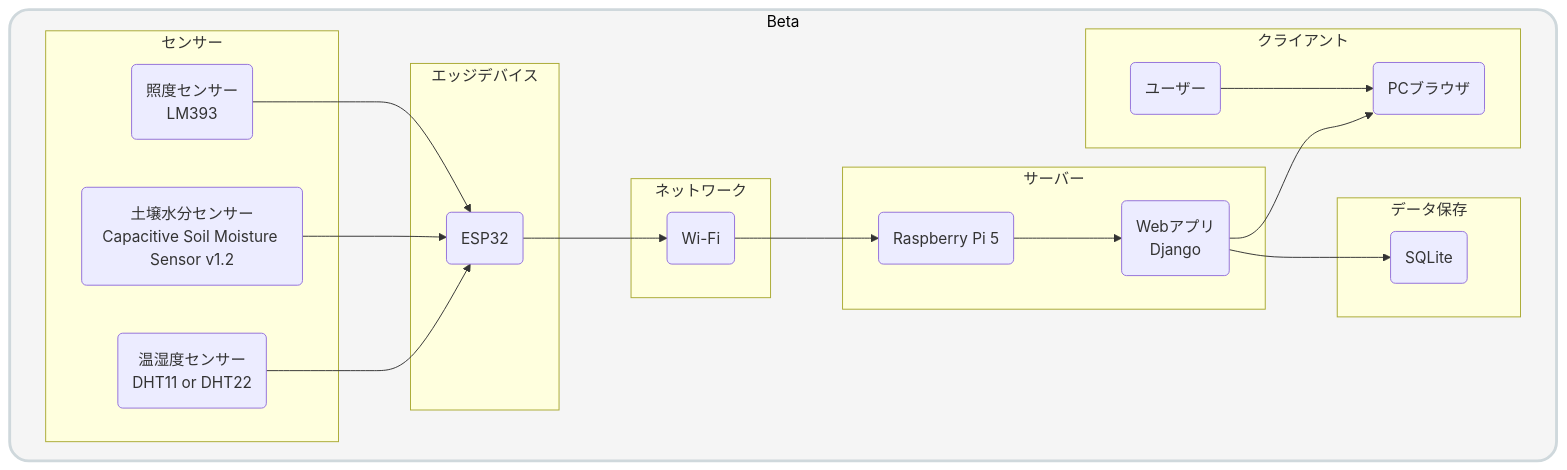
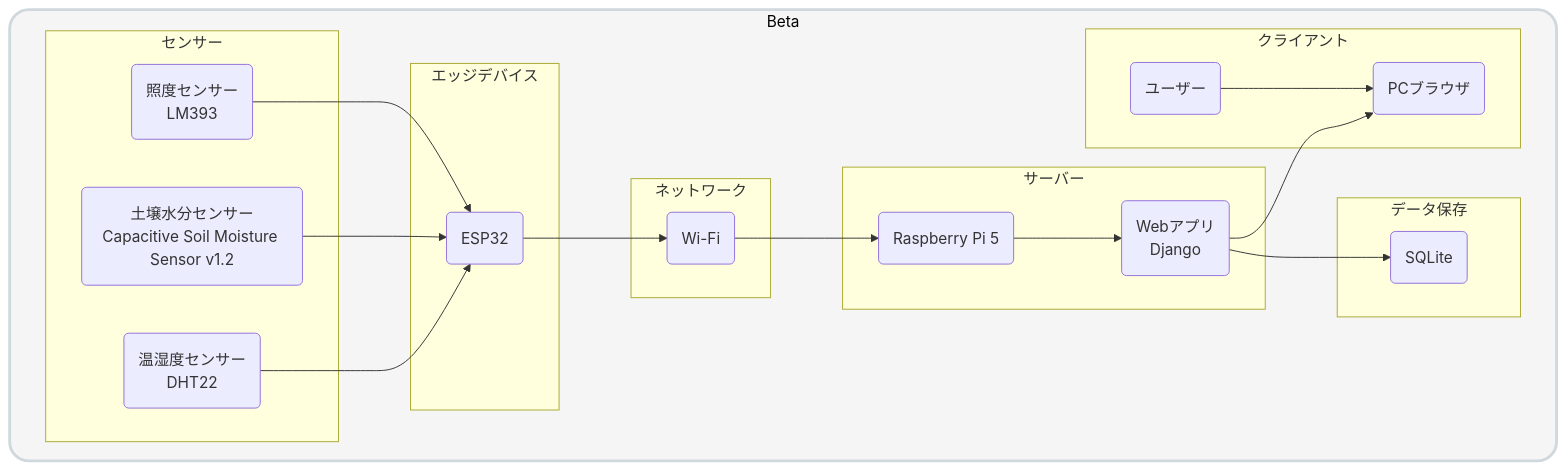
The diagram in docs/beta/architecture.md (Mutou-dev123/plant-iot-system), drawn with Mermaid before and after one commit. The commit also changed other lines of this file and 14 other files, not shown here.

````diff
--- a/docs/beta/architecture.md
+++ b/docs/beta/architecture.md
@@ -10,72 +10,72 @@
 ```mermaid
 
 %% ==============================
 %% β版システム構成図
 %% ==============================
 
 graph LR
 
     %% ==============================
     %% 要素
     %% ==============================
 
     %% 背景
     subgraph BackGround["Beta"]
         direction LR
 
         %% センサー
         subgraph Sensors["センサー"]
-            DHT("温湿度センサー<br>DHT11 or DHT22")
+            DHT("温湿度センサー<br>DHT22")
             Soil("土壌水分センサー<br>Capacitive Soil Moisture Sensor v1.2")
             Light("照度センサー<br>LM393")
         end
 
         %% エッジデバイス
         subgraph Edge["エッジデバイス"]
             ESP("ESP32")
         end
 
         %% ネットワーク
         subgraph Network["ネットワーク"]
             WiFi("Wi-Fi")
         end
 
         %% サーバー
         subgraph Server["サーバー"]
             RPI("Raspberry Pi 5")
             Django("Webアプリ<br>Django")
         end
 
         %% データ保存
         subgraph Storage["データ保存"]
             SQLite("SQLite")
         end
 
         %% クライアント
         subgraph Client["クライアント"]
             Browser("PCブラウザ")
             User("ユーザー")
         end
 
     end
 
     %% ==============================
     %% リレーション
     %% ==============================
 
     DHT --> ESP
     Soil --> ESP
     Light --> ESP
 
     ESP --> WiFi
     WiFi --> RPI
 
     RPI --> Django
     Django --> SQLite
     Django --> Browser
 
     User --> Browser
 
     %% 背景のデザイン設定
     style BackGround fill:#f5f5f5,stroke:#cfd8dc,stroke-width:3px,color:#000,rx:20,ry:20,stroke-dasharray: 5 5```
 ```
````
